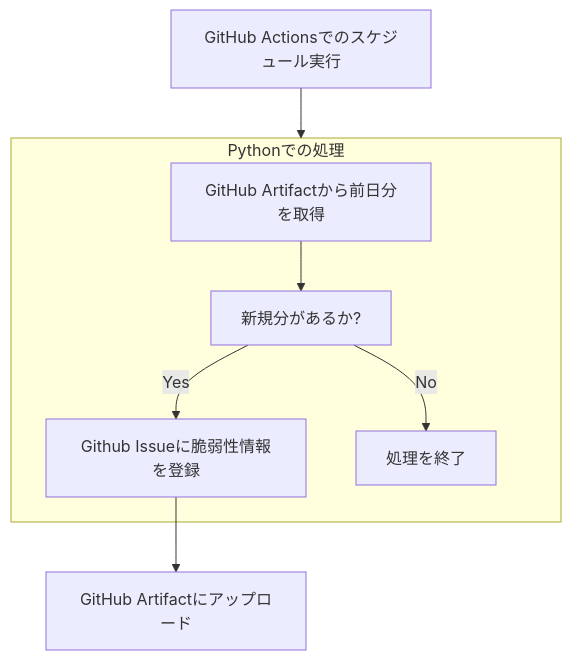
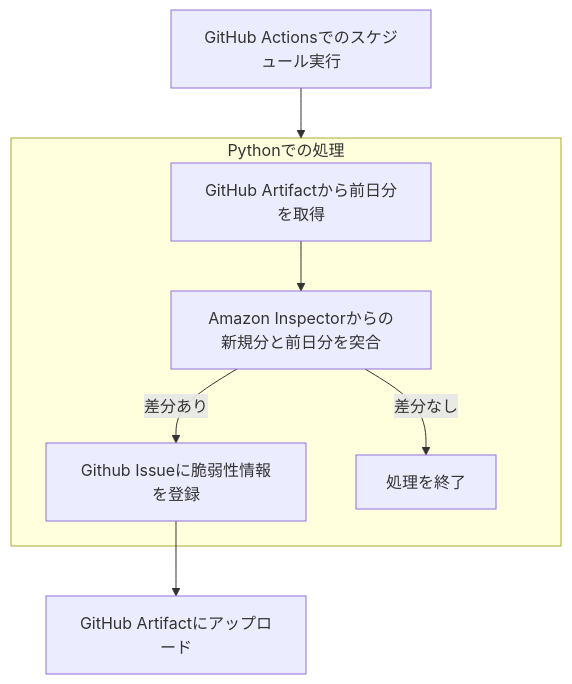
One commit to yjszk/inspector-to-github-issue changed the diagram in README.md. Above: the diagram before and after it, drawn with Mermaid.

````diff
--- a/README.md
+++ b/README.md
@@ -10,15 +10,15 @@
 ```mermaid
 graph TD
 
 A[GitHub Actionsでのスケジュール実行] --> Pythonでの処理
 
 subgraph Pythonでの処理
   B[GitHub Artifactから前日分を取得]
-  B --> C[新規分があるか?]
-  C -- Yes --> D[Github Issueに脆弱性情報を登録]
-  C -- No --> F[処理を終了]
+  B --> C[Amazon Inspectorからの新規分と前日分を突合]
+  C -- 差分あり --> D[Github Issueに脆弱性情報を登録]
+  C -- 差分なし --> F[処理を終了]
 end
 
 D --> H[GitHub Artifactにアップロード]
 
 ```
````
